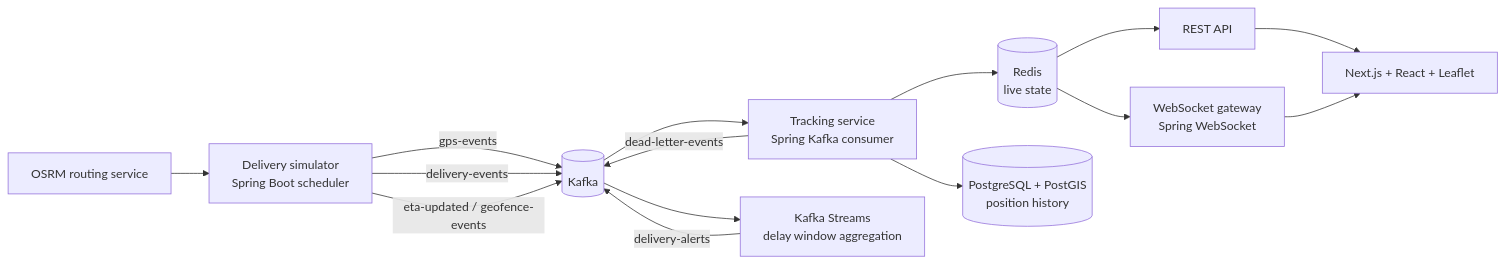
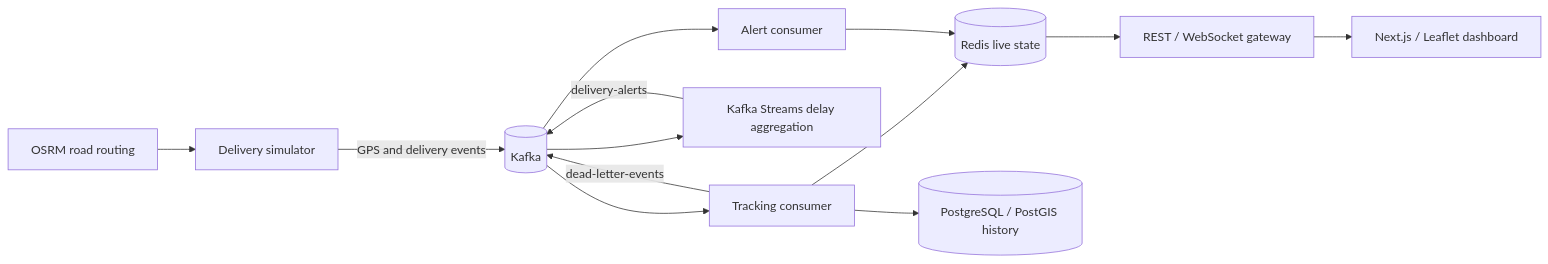
The diagram in README.md (ZenkoLespadon/kafka-delivery-operations-platform), drawn with Mermaid before and after one commit. The commit also changed other lines of this file and 1 other file, not shown here.

````diff
--- a/README.md
+++ b/README.md
@@ -54,28 +48,15 @@
 ```mermaid
 flowchart LR
-    Simulator[Delivery simulator<br/>Spring Boot scheduler]
-    Kafka[(Kafka)]
-    Tracking[Tracking service<br/>Spring Kafka consumer]
-    Streams[Kafka Streams<br/>delay window aggregation]
-    Redis[(Redis<br/>live state)]
-    Postgres[(PostgreSQL + PostGIS<br/>position history)]
-    WS[WebSocket gateway<br/>Spring WebSocket]
-    API[REST API]
-    Frontend[Next.js + React + Leaflet]
-    OSRM[OSRM routing service]
-
-    OSRM --> Simulator
-    Simulator -->|gps-events| Kafka
-    Simulator -->|delivery-events| Kafka
-    Simulator -->|eta-updated / geofence-events| Kafka
-    Kafka --> Tracking
-    Kafka --> Streams
+    Simulator[Delivery simulator] -->|GPS and delivery events| Kafka[(Kafka)]
+    OSRM[OSRM road routing] --> Simulator
+    Kafka --> Tracking[Tracking consumer]
+    Kafka --> Streams[Kafka Streams delay aggregation]
     Streams -->|delivery-alerts| Kafka
-    Tracking --> Redis
-    Tracking --> Postgres
+    Kafka --> Alerts[Alert consumer]
+    Tracking --> Redis[(Redis live state)]
+    Tracking --> PostGIS[(PostgreSQL / PostGIS history)]
     Tracking -->|dead-letter-events| Kafka
-    Redis --> API
-    Redis --> WS
-    API --> Frontend
-    WS --> Frontend
+    Alerts --> Redis
+    Redis --> API[REST / WebSocket gateway]
+    API --> Dashboard[Next.js / Leaflet dashboard]
 ```
````
